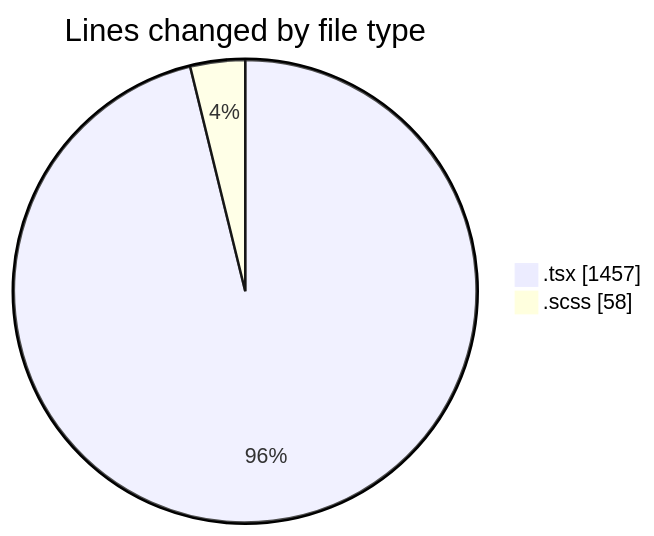
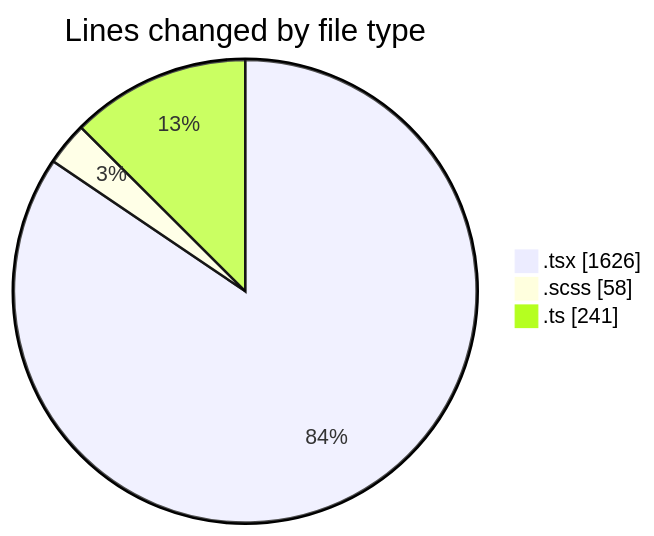
The first of 2 diagrams in 2026-10-05/cda/README.md (momahboobian/code-tracking), drawn with Mermaid before and after one commit. The commit also changed other lines of this file and 1 other file, not shown here.

````diff
--- a/2026-10-05/cda/README.md
+++ b/2026-10-05/cda/README.md
@@ -28,6 +31,7 @@
 ```mermaid
 pie showData
 title Lines changed by file type
-".tsx" : 1457
+".tsx" : 1626
 ".scss" : 58
+".ts" : 241
 ```
````
